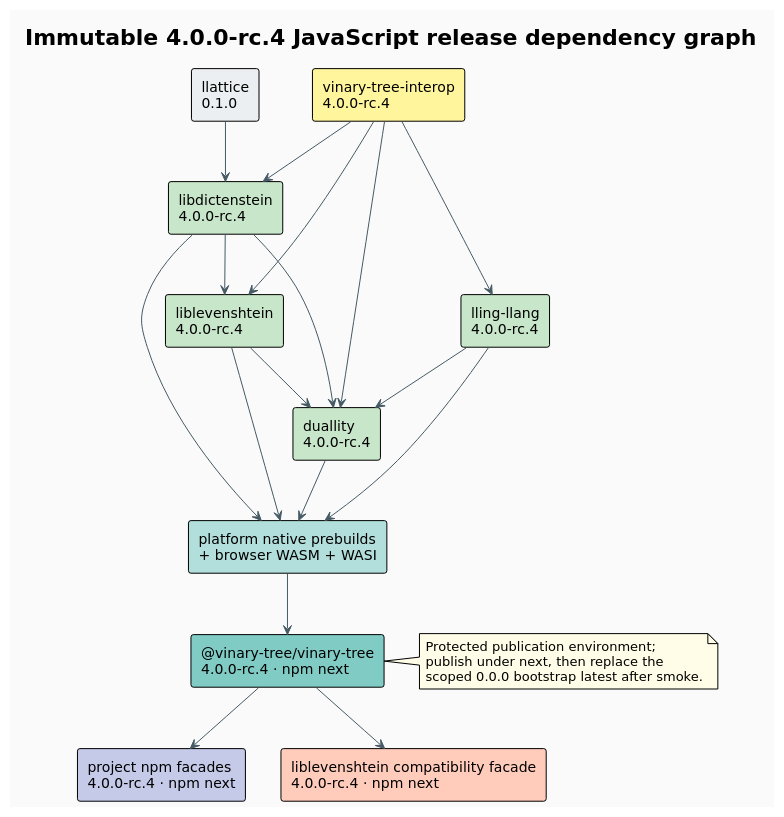
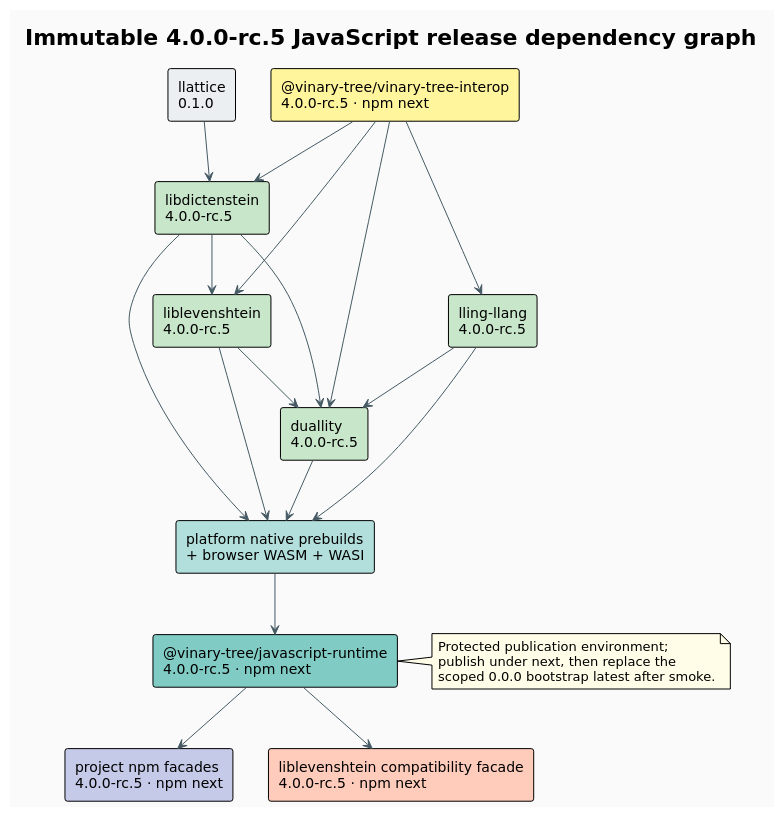
Before and after one commit to vinary-tree/javascript-runtime: the diagram in docs/diagrams/release-dependency-graph.puml, drawn with PlantUML. The commit also changed 23 other files, not shown here.

First line of the commit message:
release(npm): name the shared runtime explicitly for 4.0.0-rc.5

```diff
--- a/docs/diagrams/release-dependency-graph.puml
+++ b/docs/diagrams/release-dependency-graph.puml
@@ -1,42 +1,42 @@
 @startuml
 !theme plain
 skinparam backgroundColor #FAFAFA
 skinparam shadowing false
 skinparam ArrowColor #455A64
 skinparam defaultFontName DejaVu Sans
-title Immutable 4.0.0-rc.4 JavaScript release dependency graph
+title Immutable 4.0.0-rc.5 JavaScript release dependency graph
 
 rectangle "llattice\n0.1.0" as lattice #ECEFF1
-rectangle "vinary-tree-interop\n4.0.0-rc.4" as interop #FFF59D
-rectangle "libdictenstein\n4.0.0-rc.4" as dict #C8E6C9
-rectangle "liblevenshtein\n4.0.0-rc.4" as lev #C8E6C9
-rectangle "lling-llang\n4.0.0-rc.4" as lling #C8E6C9
-rectangle "duallity\n4.0.0-rc.4" as dual #C8E6C9
+rectangle "@vinary-tree/vinary-tree-interop\n4.0.0-rc.5 · npm next" as interop #FFF59D
+rectangle "libdictenstein\n4.0.0-rc.5" as dict #C8E6C9
+rectangle "liblevenshtein\n4.0.0-rc.5" as lev #C8E6C9
+rectangle "lling-llang\n4.0.0-rc.5" as lling #C8E6C9
+rectangle "duallity\n4.0.0-rc.5" as dual #C8E6C9
 rectangle "platform native prebuilds\n+ browser WASM + WASI" as artifacts #B2DFDB
-rectangle "@vinary-tree/vinary-tree\n4.0.0-rc.4 · npm next" as runtime #80CBC4
-rectangle "project npm facades\n4.0.0-rc.4 · npm next" as facades #C5CAE9
-rectangle "liblevenshtein compatibility facade\n4.0.0-rc.4 · npm next" as legacy #FFCCBC
+rectangle "@vinary-tree/javascript-runtime\n4.0.0-rc.5 · npm next" as runtime #80CBC4
+rectangle "project npm facades\n4.0.0-rc.5 · npm next" as facades #C5CAE9
+rectangle "liblevenshtein compatibility facade\n4.0.0-rc.5 · npm next" as legacy #FFCCBC
 
 lattice --> dict
 interop --> dict
 interop --> lev
 interop --> lling
 interop --> dual
 dict --> lev
 dict --> dual
 lev --> dual
 lling --> dual
 dict --> artifacts
 lev --> artifacts
 lling --> artifacts
 dual --> artifacts
 artifacts --> runtime
 runtime --> facades
 runtime --> legacy
 
 note right of runtime #FFFDE7
   Protected publication environment;
   publish under next, then replace the
   scoped 0.0.0 bootstrap latest after smoke.
 end note
 @enduml
```
